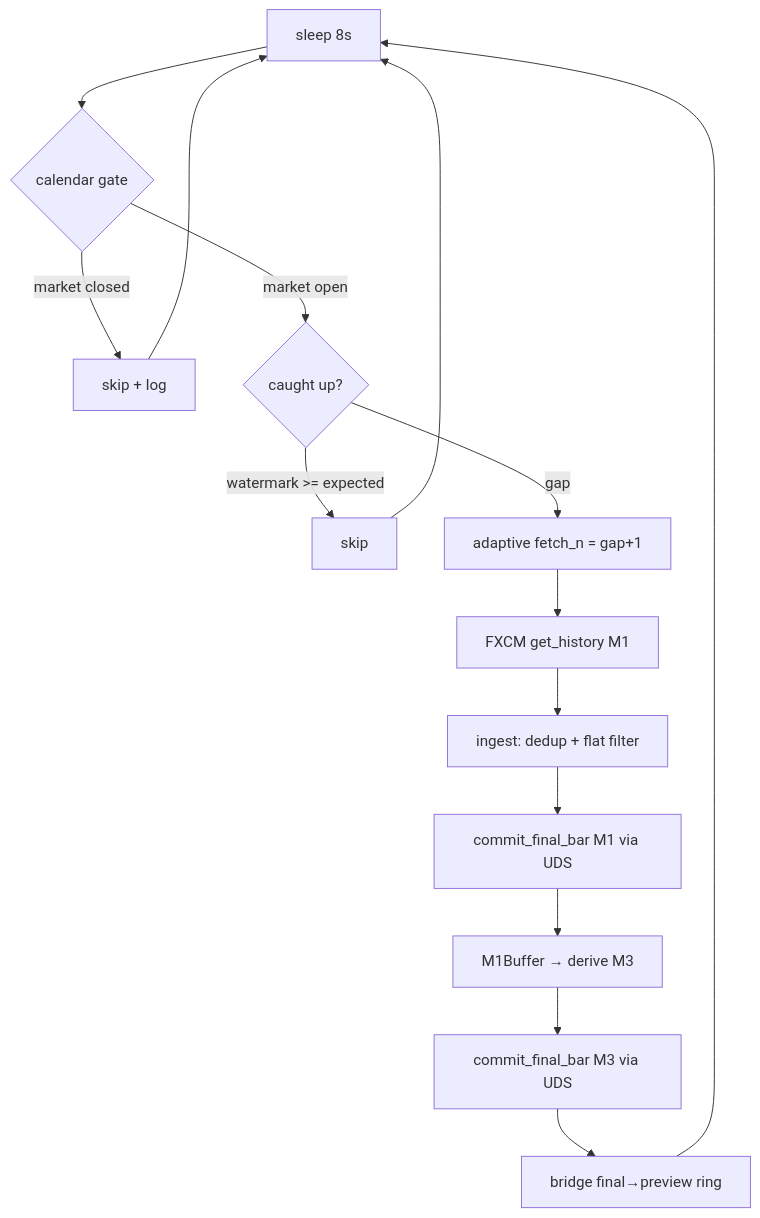
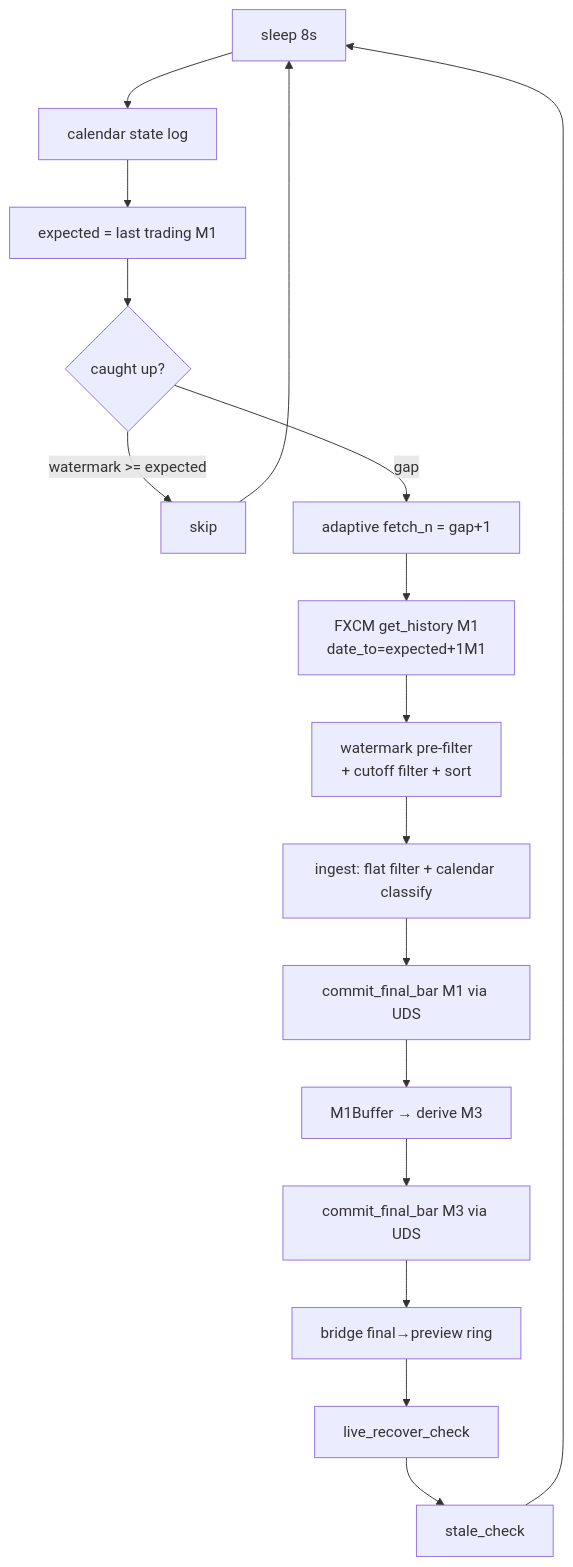
The sixth of 13 diagrams in docs/system_current_overview.md (Std07-1/v3), drawn with Mermaid before and after one commit. The commit also changed other lines of this file and 24 other files, not shown here.

````diff
--- a/docs/system_current_overview.md
+++ b/docs/system_current_overview.md
@@ -404,17 +398,19 @@
 ```mermaid
 flowchart TD
-    A[sleep 8s] --> B{calendar gate}
-    B -->|market closed| C[skip + log]
-    C --> A
-    B -->|market open| D{caught up?}
+    A[sleep 8s] --> B[calendar state log]
+    B --> C[expected = last trading M1]
+    C --> D{caught up?}
     D -->|watermark >= expected| E[skip]
     E --> A
     D -->|gap| F[adaptive fetch_n = gap+1]
-    F --> G[FXCM get_history M1]
-    G --> H[ingest: dedup + flat filter]
-    H --> I[commit_final_bar M1 via UDS]
-    I --> J[M1Buffer → derive M3]
-    J --> K[commit_final_bar M3 via UDS]
-    K --> L[bridge final→preview ring]
-    L --> A
+    F --> G[FXCM get_history M1<br/>date_to=expected+1M1]
+    G --> H[watermark pre-filter<br/>+ cutoff filter + sort]
+    H --> I[ingest: flat filter + calendar classify]
+    I --> J[commit_final_bar M1 via UDS]
+    J --> K[M1Buffer → derive M3]
+    K --> L[commit_final_bar M3 via UDS]
+    L --> M[bridge final→preview ring]
+    M --> N[live_recover_check]
+    N --> O[stale_check]
+    O --> A
 ```
````
